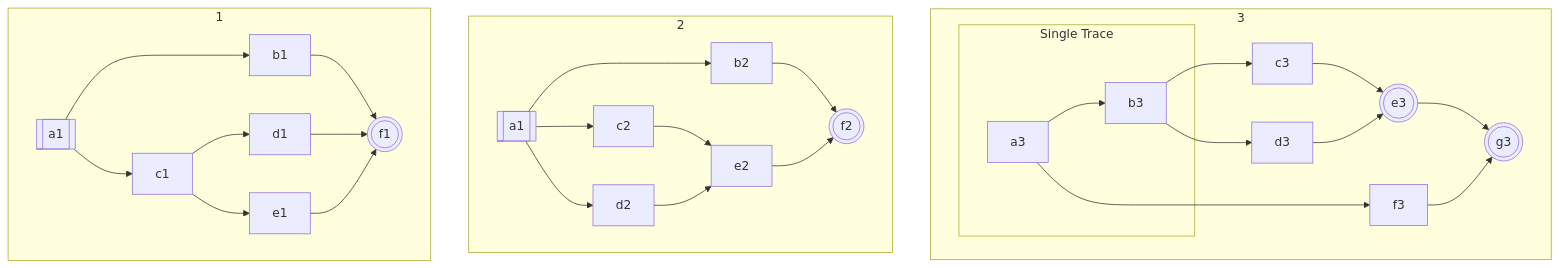
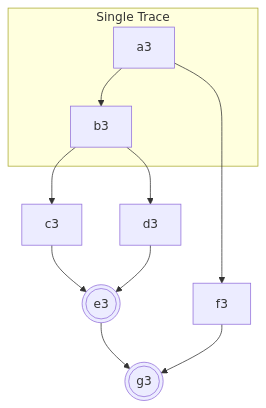
Before and after one commit to vczh-websites/vczh: diagram 16 of 17 in Blog/GLR-Refactoring/Mermaid.md, drawn with Mermaid. The commit also changed other lines of this file, not shown here.

````diff
--- a/Blog/GLR-Refactoring/Mermaid.md
+++ b/Blog/GLR-Refactoring/Mermaid.md
@@ -260,23 +278,9 @@
 ```mermaid
 graph TD
-  subgraph 1
-    a1[[a1]]-->b1 & c1
-    b1-->f1(((f1)))
-    c1-->d1 & e1-->f1
+  subgraph Single Trace
+    a3-->b3
   end
-
-  subgraph 2
-    a2[[a1]]-->b2 & c2 & d2
-    b2-->f2(((f2)))
-    c2 & d2-->e2-->f2
-  end
-
-  subgraph 3
-    subgraph Single Trace
-      a3-->b3
-    end
-    b3-->c3 & d3-->e3(((e3)))
-    a3-->f3
-    e3 & f3-->g3(((g3)))
-  end
+  b3-->c3 & d3-->e3(((e3)))
+  a3-->f3
+  e3 & f3-->g3(((g3)))
 ```
````
